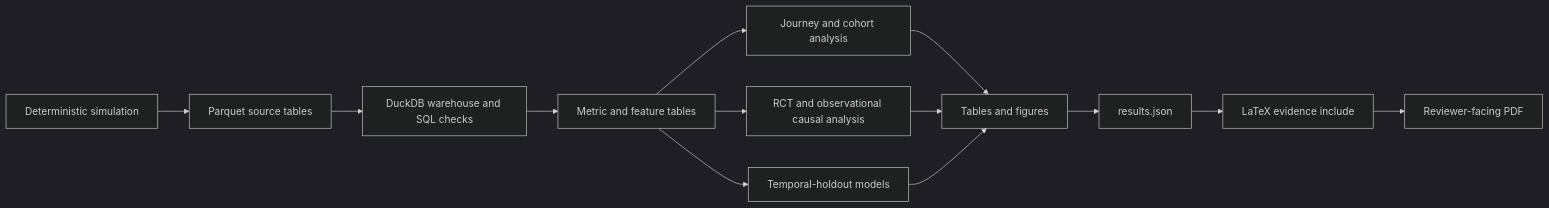
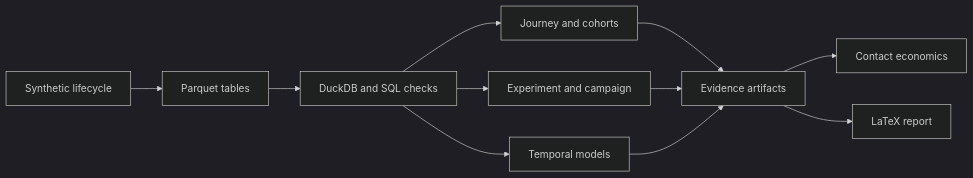
The diagram in README.md (lakshayxi/pulse), drawn with Mermaid (dark theme) before and after one commit. The commit also changed other lines of this file and 1 other file, not shown here.

````diff
--- a/README.md
+++ b/README.md
@@ -59,15 +59,13 @@
 ```mermaid
 flowchart LR
-    A[Deterministic simulation] --> B[Parquet source tables]
-    B --> C[DuckDB warehouse and SQL checks]
-    C --> D[Metric and feature tables]
-    D --> E[Journey and cohort analysis]
-    D --> F[RCT and observational causal analysis]
-    D --> G[Temporal-holdout models]
-    E --> H[Tables and figures]
-    F --> H
-    G --> H
-    H --> I[results.json]
-    I --> J[LaTeX evidence include]
-    J --> K[Reviewer-facing PDF]
+    A[Synthetic lifecycle] --> B[Parquet tables]
+    B --> C[DuckDB and SQL checks]
+    C --> D[Journey and cohorts]
+    C --> E[Experiment and campaign]
+    C --> F[Temporal models]
+    D --> G[Evidence artifacts]
+    E --> G
+    F --> G
+    G --> H[Contact economics]
+    G --> I[LaTeX report]
 ```
````
